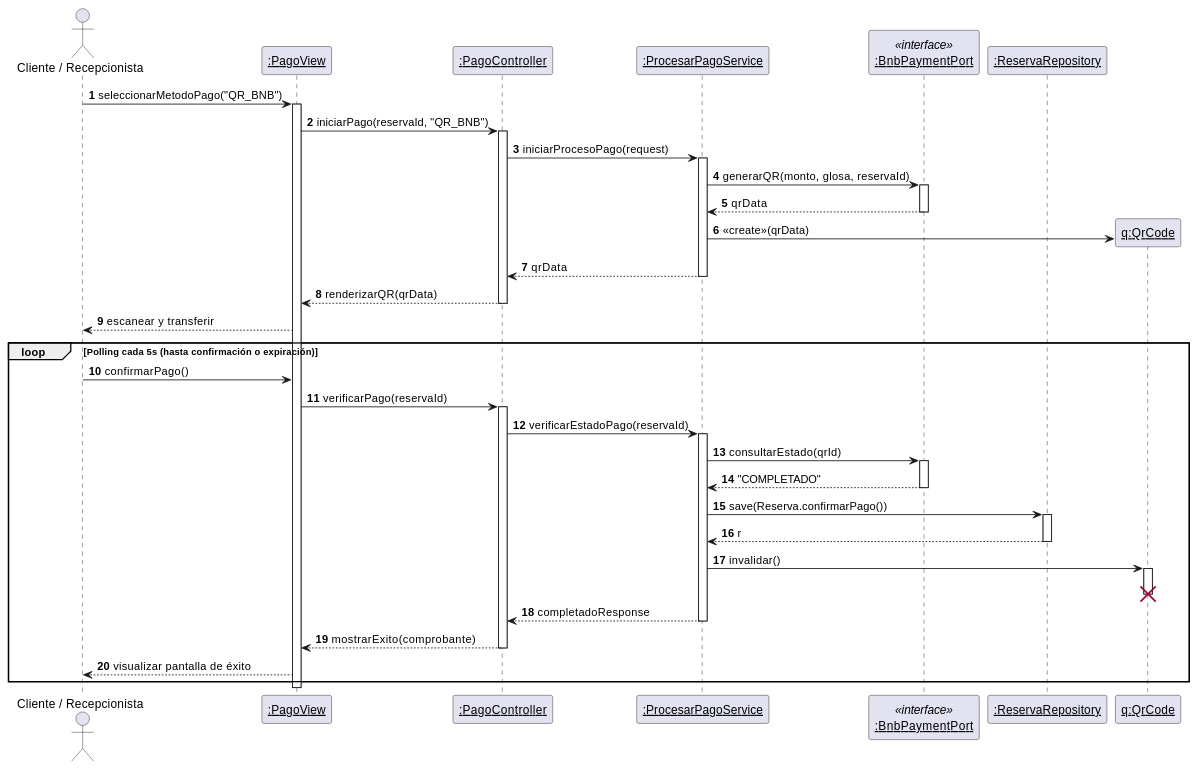
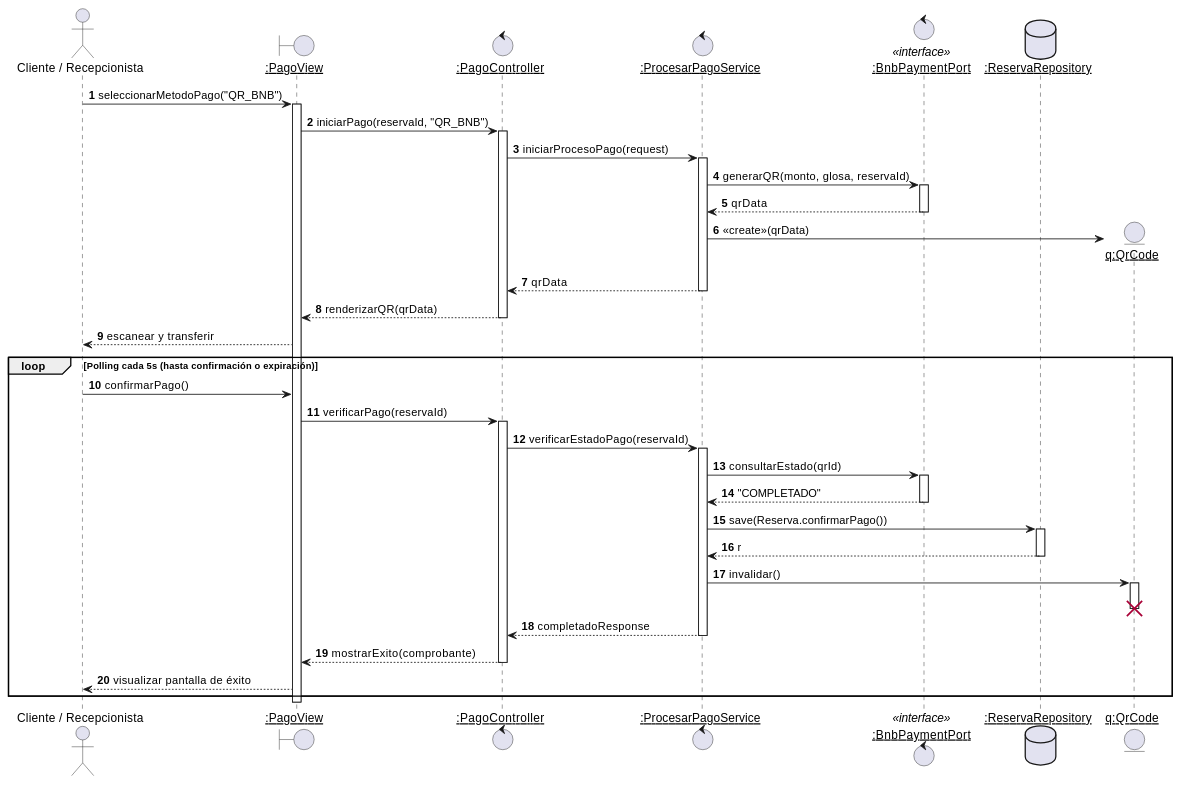
Before and after one commit to Tsmrain/GestionSistemas: diagram 13 of 36 in RefactorV4.md, drawn with PlantUML. The commit also changed other lines of this file, not shown here.

Commit message:
refactor: standardize plantuml diagrams using boundary, control, entity, and database stereotypes

````diff
--- a/RefactorV4.md
+++ b/RefactorV4.md
@@ -752,55 +752,55 @@
 ```plantuml
 @startuml
 autonumber
 actor Actor as "Cliente / Recepcionista"
-participant "<u>:PagoView</u>" as View
-participant "<u>:PagoController</u>" as Ctrl
-participant "<u>:ProcesarPagoService</u>" as Serv
-participant "<u>:BnbPaymentPort</u>" as BNB <<interface>>
-participant "<u>:ReservaRepository</u>" as Repo
+boundary "<u>:PagoView</u>" as View
+control "<u>:PagoController</u>" as Ctrl
+control "<u>:ProcesarPagoService</u>" as Serv
+control "<u>:BnbPaymentPort</u>" as BNB <<interface>>
+database "<u>:ReservaRepository</u>" as Repo
 
 Actor -> View : seleccionarMetodoPago("QR_BNB")
 activate View
 View -> Ctrl : iniciarPago(reservaId, "QR_BNB")
 activate Ctrl
 Ctrl -> Serv : iniciarProcesoPago(request)
 activate Serv
 Serv -> BNB : generarQR(monto, glosa, reservaId)
 activate BNB
 BNB --> Serv : qrData
 deactivate BNB
-create participant "<u>q:QrCode</u>" as QR
+create entity "<u>q:QrCode</u>" as QR
 Serv -> QR : <<create>>(qrData)
 Serv --> Ctrl : qrData
 deactivate Serv
 Ctrl --> View : renderizarQR(qrData)
 deactivate Ctrl
 View --> Actor : escanear y transferir
 
 loop Polling cada 5s (hasta confirmación o expiración)
   Actor -> View : confirmarPago()
   View -> Ctrl : verificarPago(reservaId)
   activate Ctrl
   Ctrl -> Serv : verificarEstadoPago(reservaId)
   activate Serv
   Serv -> BNB : consultarEstado(qrId)
   activate BNB
   BNB --> Serv : "COMPLETADO"
   deactivate BNB
   Serv -> Repo : save(Reserva.confirmarPago())
   activate Repo
   Repo --> Serv : r
   deactivate Repo
   Serv -> QR : invalidar()
   activate QR
   deactivate QR
   destroy QR
   Serv --> Ctrl : completadoResponse
   deactivate Serv
   Ctrl --> View : mostrarExito(comprobante)
   deactivate Ctrl
   View --> Actor : visualizar pantalla de éxito
 end
 deactivate View
 @enduml
 ```
````
